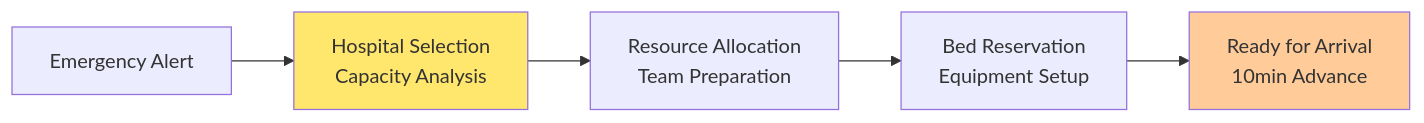
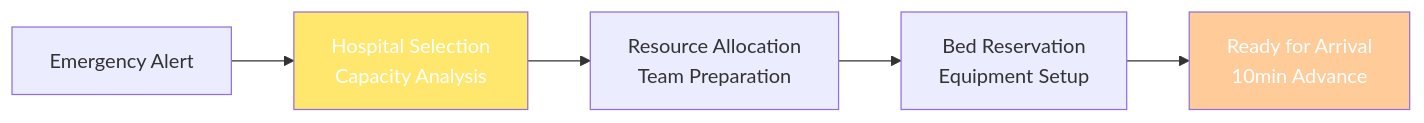
The seventh of 9 diagrams in README.md (anuj123upadhyay/llgca_agent), drawn with Mermaid before and after one commit. The commit also changed other lines of this file and 1 other file, not shown here.

````diff
--- a/README.md
+++ b/README.md
@@ -564,10 +599,10 @@
 ```mermaid
 graph LR
     A[Emergency Alert] --> B[Hospital Selection<br/>Capacity Analysis]
     B --> C[Resource Allocation<br/>Team Preparation]
     C --> D[Bed Reservation<br/>Equipment Setup]
     D --> E[Ready for Arrival<br/>10min Advance]
 
-    style B fill:#ffe66d
-    style E fill:#ffcc99
+    style B fill:#ffe66d,color:#fff
+    style E fill:#ffcc99,color:#fff
 ```
````
